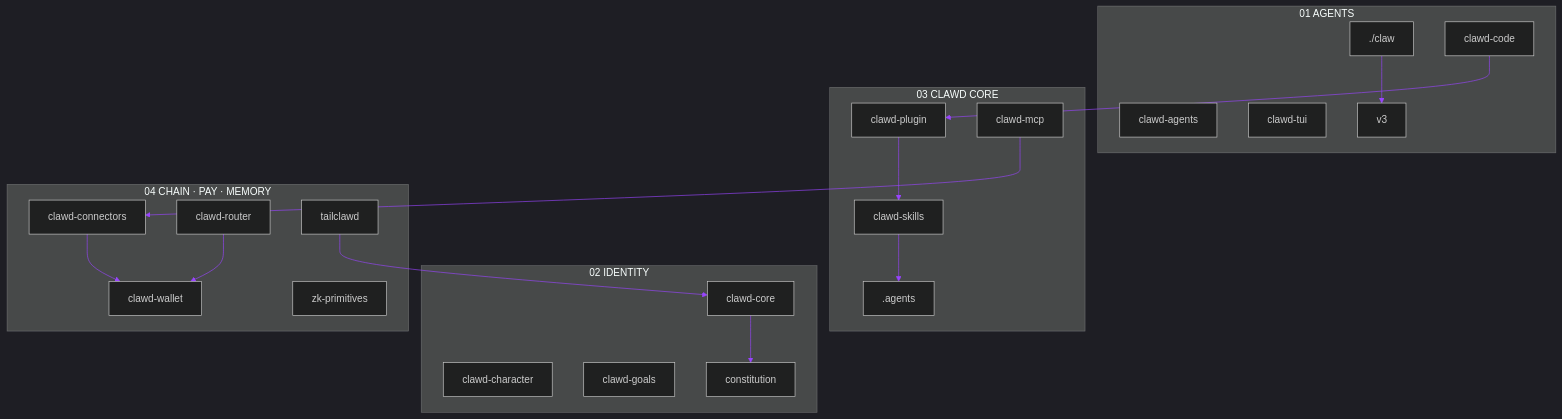
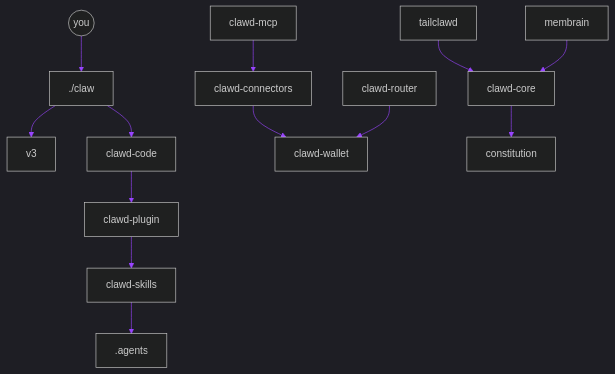
Before and after one commit to Solizardking/clawd-cloud: the diagram in README.md, drawn with Mermaid. The commit also changed other lines of this file and 32 other files, not shown here.

````diff
--- a/README.md
+++ b/README.md
@@ -42,39 +127,16 @@
 ```mermaid
 %%{init: {"theme":"dark","themeVariables":{"primaryColor":"#142033","primaryTextColor":"#14F195","lineColor":"#9945FF","secondaryColor":"#0d1117","tertiaryColor":"#1e2a44","fontFamily":"ui-monospace, Menlo, monospace"}}}%%
 flowchart TB
-  subgraph AGENTS["01  AGENTS"]
-    CLAW["./claw"]
-    CC["clawd-code"]
-    CA["clawd-agents"]
-    TUI["clawd-tui"]
-    V3["v3"]
-  end
-  subgraph IDENTITY["02  IDENTITY"]
-    CORE["clawd-core"]
-    CHAR["clawd-character"]
-    GOALS["clawd-goals"]
-    CON["constitution"]
-  end
-  subgraph COREPKG["03  CLAWD CORE"]
-    PL["clawd-plugin"]
-    SK["clawd-skills"]
-    MCP["clawd-mcp"]
-    AG[".agents"]
-  end
-  subgraph EDGE["04  CHAIN · PAY · MEMORY"]
-    CONN["clawd-connectors"]
-    WAL["clawd-wallet"]
-    RTR["clawd-router"]
-    ZK["zk-primitives"]
-    TAIL["tailclawd"]
-  end
-  CLAW --> V3
-  CC --> PL
-  PL --> SK
-  SK --> AG
-  MCP --> CONN
-  CONN --> WAL
-  RTR --> WAL
-  CORE --> CON
-  TAIL --> CORE
+  You(("you")) --> CLAW["./claw"]
+  CLAW --> V3["v3"]
+  CLAW --> CC["clawd-code"]
+  CC --> PL["clawd-plugin"]
+  PL --> SK["clawd-skills"]
+  SK --> AG[".agents"]
+  MCP["clawd-mcp"] --> CONN["clawd-connectors"]
+  CONN --> WAL["clawd-wallet"]
+  RTR["clawd-router"] --> WAL
+  CORE["clawd-core"] --> CON["constitution"]
+  TAIL["tailclawd"] --> CORE
+  MEM["membrain"] --> CORE
 ```
````
